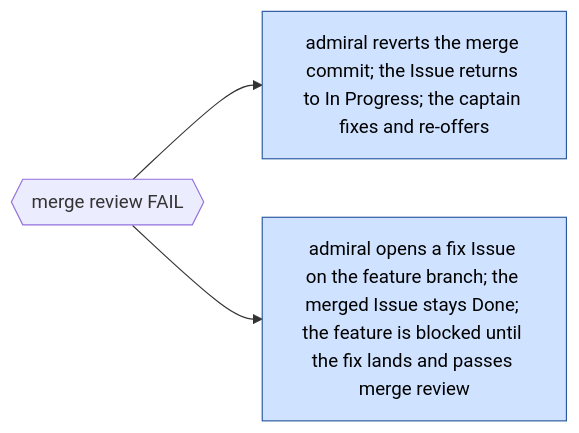
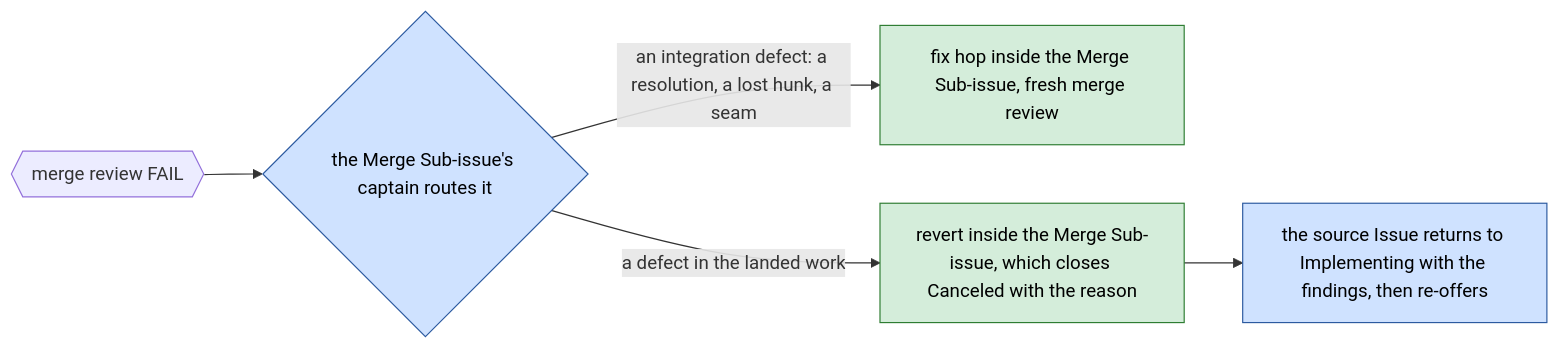
Before and after one commit to bodnarbalazs/dydo: the eighth of 12 diagrams in dydo/understand/control-flow.md, drawn with Mermaid. The commit also changed other lines of this file and 9 other files, not shown here.

First line of the commit message:
docs: DR 047 supersymmetry, hop statuses, Merge Issues, the release protocol; standard and control-flow map rewritten to it

````diff
--- a/dydo/understand/control-flow.md
+++ b/dydo/understand/control-flow.md
@@ -306,6 +479,9 @@
 ```mermaid
 flowchart LR
   classDef hat fill:#cfe2ff,stroke:#2c5aa0,color:#000
-  RM{{merge review FAIL}} --> A1[admiral reverts the merge commit; the Issue returns to In Progress; the captain fixes and re-offers]:::hat
-  RM --> A2[admiral opens a fix Issue on the feature branch; the merged Issue stays Done; the feature is blocked until the fix lands and passes merge review]:::hat
+  classDef worker fill:#d4edda,stroke:#2e7d32,color:#000
+  RM{{merge review FAIL}} --> RT{the Merge Sub-issue's captain routes it}:::hat
+  RT -->|an integration defect: a resolution, a lost hunk, a seam| FX[fix hop inside the Merge Sub-issue, fresh merge review]:::worker
+  RT -->|a defect in the landed work| RV[revert inside the Merge Sub-issue, which closes Canceled with the reason]:::worker
+  RV --> SRC[the source Issue returns to Implementing with the findings, then re-offers]:::hat
 ```
````
